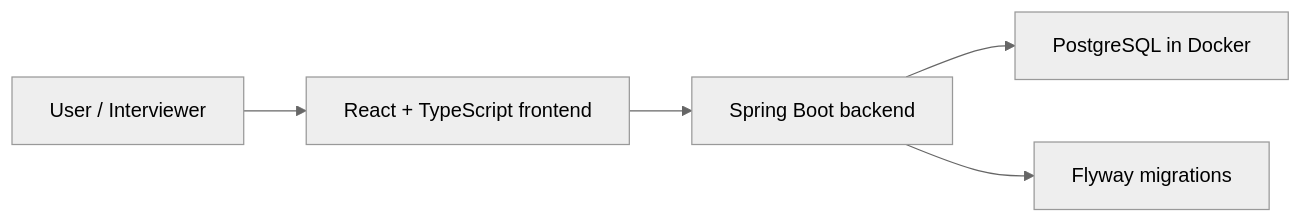
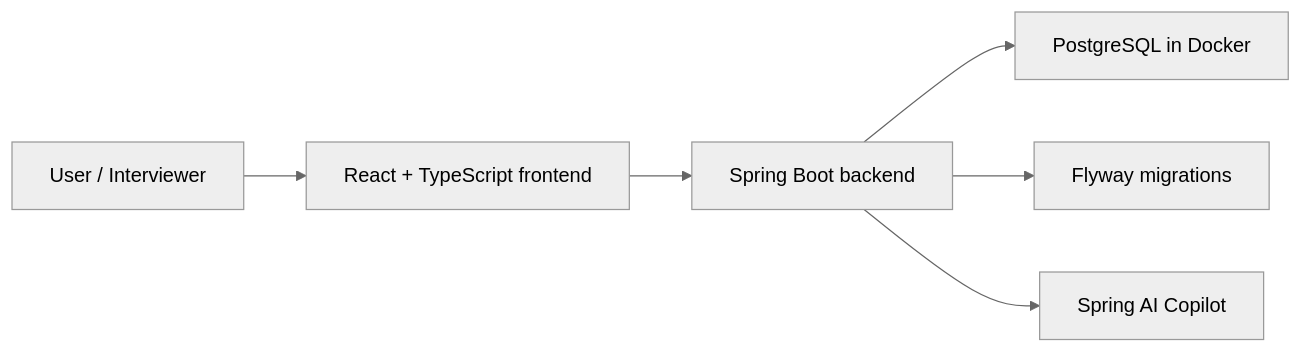
Before and after one commit to vokyo/FlowAi: the diagram in README.md, drawn with Mermaid (neutral theme). The commit also changed other lines of this file and 84 other files, not shown here.

Commit message:
feat(ai): complete Spring AI Copilot lifecycle, apply flow, summaries, and UI

````diff
--- a/README.md
+++ b/README.md
@@ -64,7 +61,8 @@
 ```mermaid
 flowchart LR
     User["User / Interviewer"] --> Frontend["React + TypeScript frontend"]
     Frontend --> Backend["Spring Boot backend"]
     Backend --> Database["PostgreSQL in Docker"]
     Backend --> Flyway["Flyway migrations"]
+    Backend --> Copilot["Spring AI Copilot"]
 ```
````
